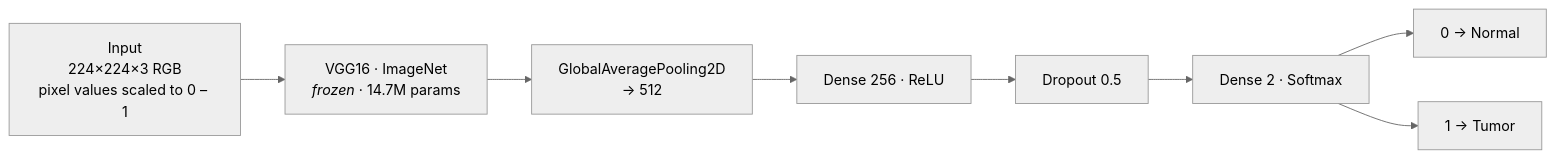
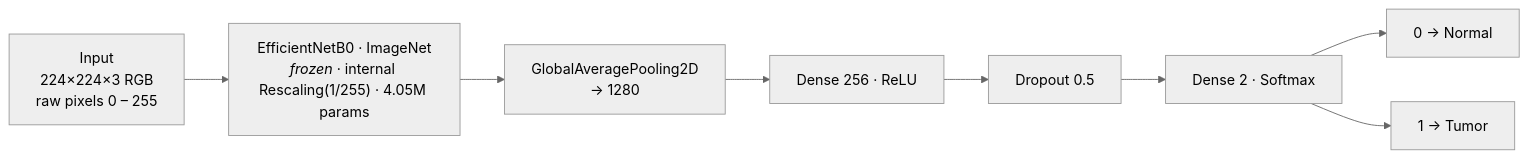
The third of 3 diagrams in README.md (SHARATH204-MAX/Kidney-Disease-Classification-DeepLearning), drawn with Mermaid (neutral theme) before and after one commit. The commit also changed other lines of this file and 12 other files, not shown here.

````diff
--- a/README.md
+++ b/README.md
@@ -151,10 +166,10 @@
 ```mermaid
 flowchart LR
-    IN["Input<br/>224×224×3 RGB<br/>pixel values scaled to 0 – 1"] --> VGG["VGG16 · ImageNet<br/><i>frozen</i> · 14.7M params"]
-    VGG --> GAP["GlobalAveragePooling2D<br/>→ 512"]
+    IN["Input<br/>224×224×3 RGB<br/>raw pixels 0 – 255"] --> VGG["EfficientNetB0 · ImageNet<br/><i>frozen</i> · internal Rescaling(1/255) · 4.05M params"]
+    VGG --> GAP["GlobalAveragePooling2D<br/>→ 1280"]
     GAP --> D1["Dense 256 · ReLU"]
     D1 --> DO["Dropout 0.5"]
     DO --> D2["Dense 2 · Softmax"]
     D2 --> O1["0 → Normal"]
     D2 --> O2["1 → Tumor"]
 ```
````
